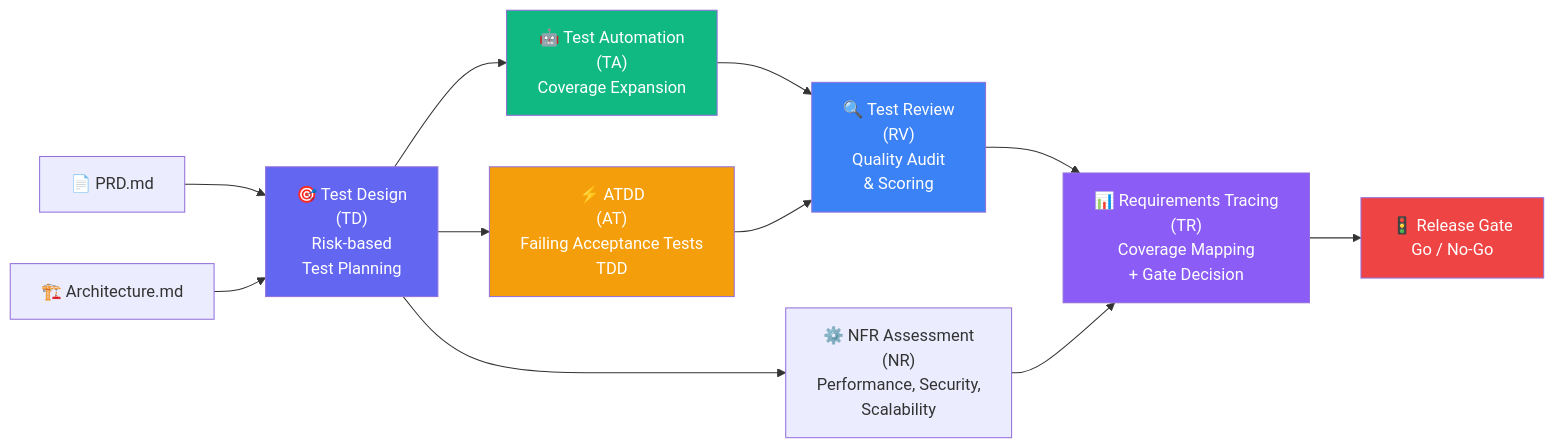
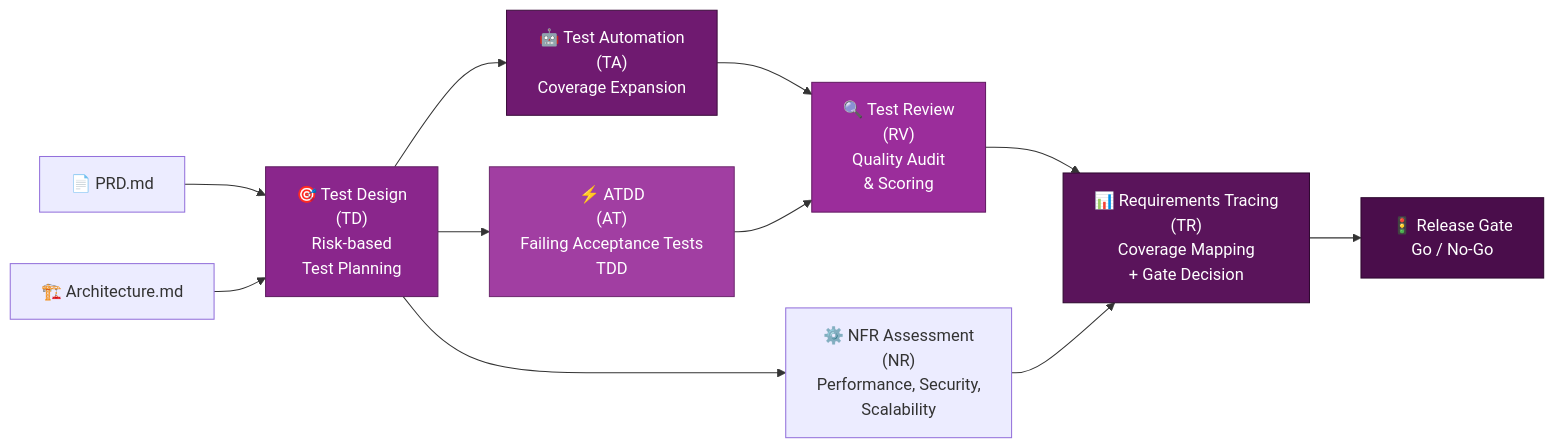
Before and after one commit to harrybin/presentations: the first of 2 diagrams in special-slides/bmad-anforderungen-tests/tea-testentwicklung.md, drawn with Mermaid. The commit also changed other lines of this file and 7 other files, not shown here.

Commit message:
feat: add mermaid setup configuration with custom themes and styles

````diff
--- a/special-slides/bmad-anforderungen-tests/tea-testentwicklung.md
+++ b/special-slides/bmad-anforderungen-tests/tea-testentwicklung.md
@@ -65,28 +65,28 @@
 ```mermaid {scale: 0.52}
 flowchart LR
     PRD["📄 PRD.md"]
     ARCH["🏗️ Architecture.md"]
 
     PRD --> TD
     ARCH --> TD
 
     TD["🎯 Test Design\n(TD)\nRisk-based\nTest Planning"]
     TD --> AT["⚡ ATDD\n(AT)\nFailing Acceptance Tests\nTDD"]
     TD --> TA["🤖 Test Automation\n(TA)\nCoverage Expansion"]
     
     TA --> RV["🔍 Test Review\n(RV)\nQuality Audit\n& Scoring"]
     AT --> RV
 
     RV --> TR["📊 Requirements Tracing\n(TR)\nCoverage Mapping\n+ Gate Decision"]
     TD --> NR["⚙️ NFR Assessment\n(NR)\nPerformance, Security,\nScalability"]
     NR --> TR
 
     TR --> GATE["🚦 Release Gate\nGo / No-Go"]
 
-    style TD fill:#6366f1,color:#fff
-    style AT fill:#f59e0b,color:#fff
-    style TA fill:#10b981,color:#fff
-    style RV fill:#3b82f6,color:#fff
-    style TR fill:#8b5cf6,color:#fff
-    style GATE fill:#ef4444,color:#fff
+    style TD fill:#8a268c,stroke:#5f1f62,color:#ffffff
+    style AT fill:#a13ea2,stroke:#6f2b70,color:#ffffff
+    style TA fill:#6f1a70,stroke:#3d0f3d,color:#ffffff
+    style RV fill:#9b2d9b,stroke:#631a63,color:#ffffff
+    style TR fill:#5a145b,stroke:#2e082f,color:#ffffff
+    style GATE fill:#4a0d4b,stroke:#2e082f,color:#ffffff
 ```
````
